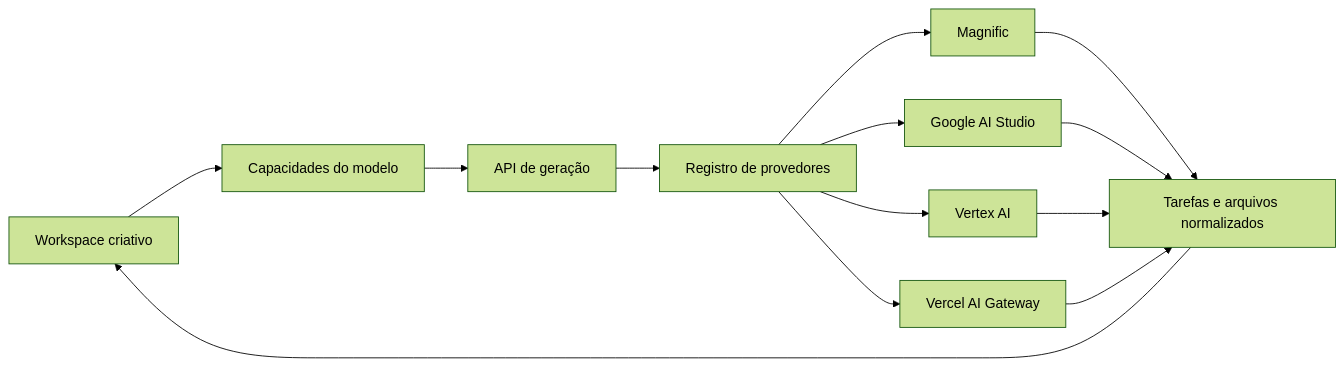
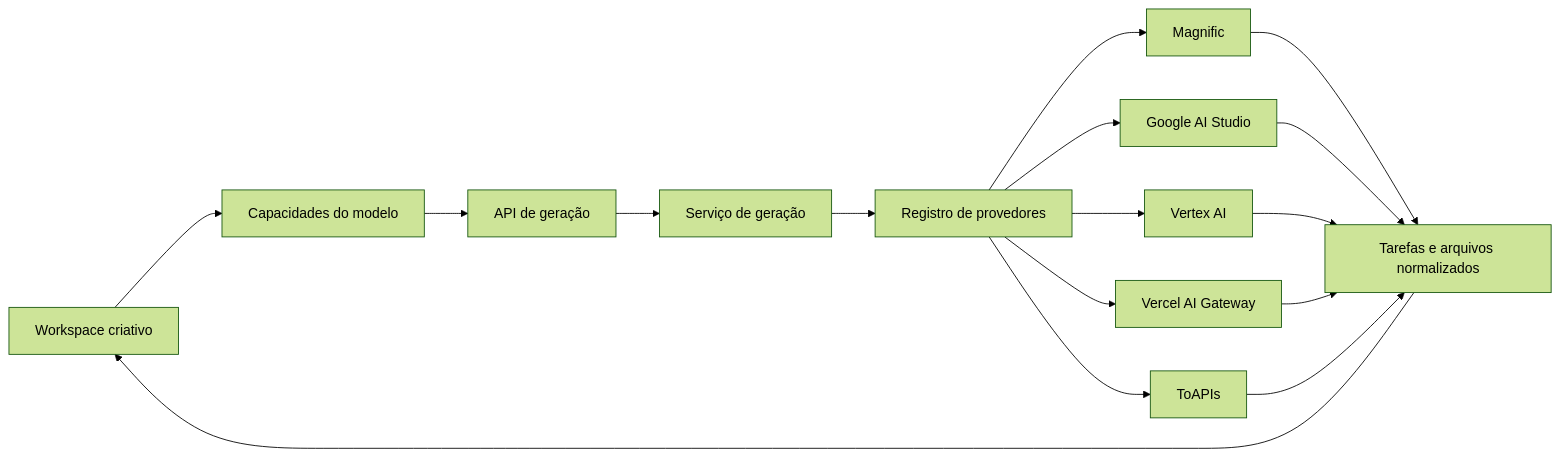
The diagram in README.pt-BR.md (TechBeme/open-higgsfield), drawn with Mermaid (forest theme) before and after one commit. The commit also changed other lines of this file and 22 other files, not shown here.

````diff
--- a/README.pt-BR.md
+++ b/README.pt-BR.md
@@ -100,15 +129,18 @@
 ```mermaid
 flowchart LR
     U[Workspace criativo] --> C[Capacidades do modelo]
     C --> A[API de geração]
-    A --> R[Registro de provedores]
+    A --> S[Serviço de geração]
+    S --> R[Registro de provedores]
     R --> F[Magnific]
     R --> G[Google AI Studio]
     R --> V[Vertex AI]
     R --> W[Vercel AI Gateway]
+    R --> O[ToAPIs]
     F --> T[Tarefas e arquivos normalizados]
     G --> T
     V --> T
     W --> T
+    O --> T
     T --> U
 ```
````
